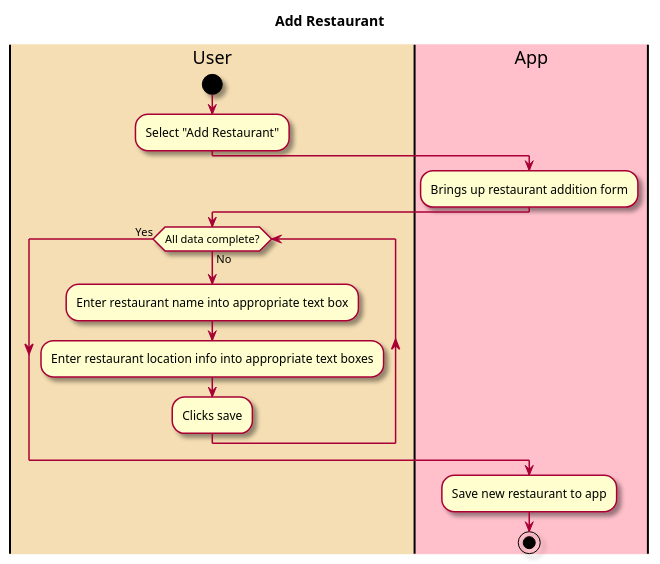
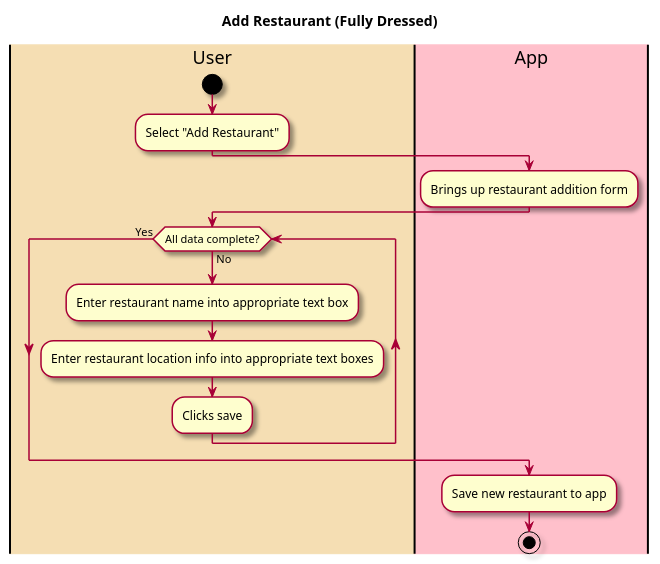
Before and after one commit to tanwasp/LunchBox-Android: the diagram in intellij/doc/use_cases/add-restaurant.md, drawn with PlantUML. The commit also changed 15 other files, not shown here.

````diff
--- a/intellij/doc/use_cases/add-restaurant.md
+++ b/intellij/doc/use_cases/add-restaurant.md
@@ -22,31 +22,31 @@
 ```plantuml
 @startuml
 
 skin rose
 
-title Add Restaurant
+title Add Restaurant (Fully Dressed)
 
 'define the lanes
 |#wheat|User|
 |#pink|App|
 
 |User|
 start
 :Select "Add Restaurant";
 
 |App|
 :Brings up restaurant addition form;
 
 |User|
 while (All data complete?) is (No)
 :Enter restaurant name into appropriate text box;
 :Enter restaurant location info into appropriate text boxes;
 :Clicks save;
 endwhile (Yes)
 
 |App|
 :Save new restaurant to app;
 
 stop
 @enduml
 ```
````
